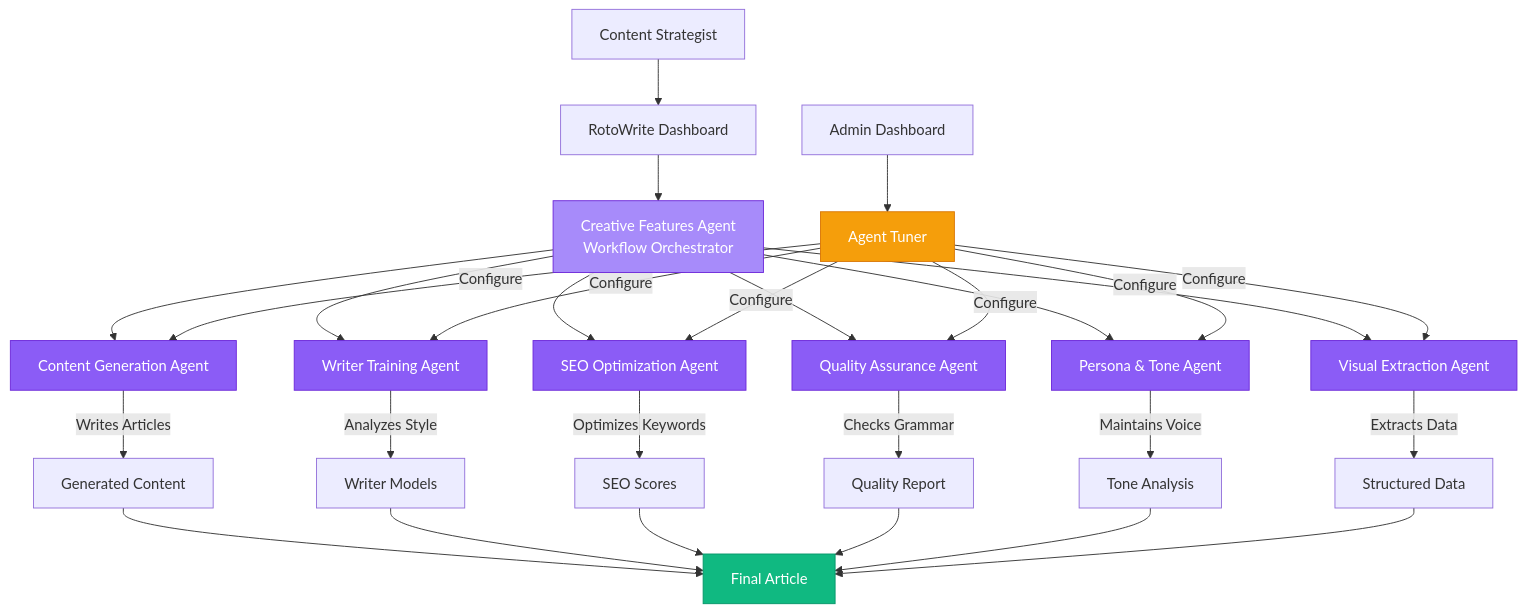
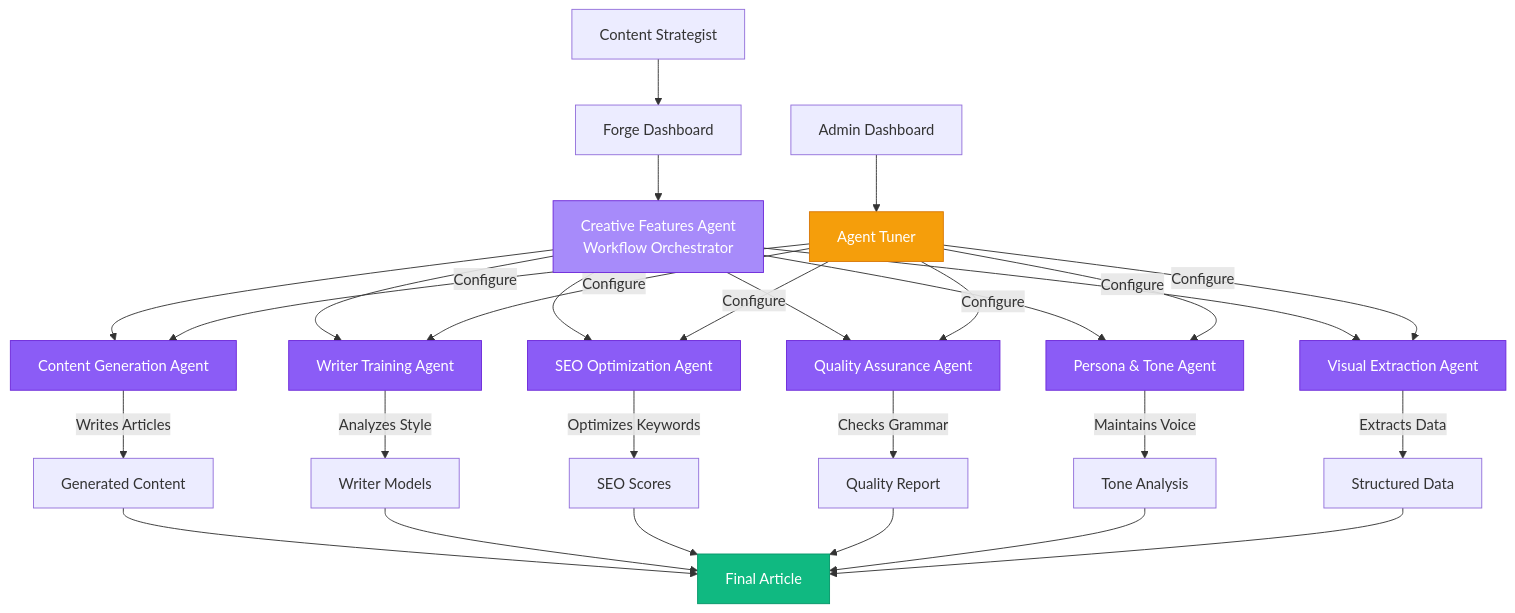
The diagram in presentation-diagrams/multi-agent-architecture.md (verygooddesigners/forge), drawn with Mermaid before and after one commit. The commit also changed other lines of this file and 132 other files, not shown here.

First line of the commit message:
Rename application from RotoWrite to Forge

````diff
--- a/presentation-diagrams/multi-agent-architecture.md
+++ b/presentation-diagrams/multi-agent-architecture.md
@@ -3,44 +3,44 @@
 ```mermaid
 graph TB
-    User[Content Strategist] --> Dashboard[RotoWrite Dashboard]
+    User[Content Strategist] --> Dashboard[Forge Dashboard]
     Dashboard --> Orchestrator[Creative Features Agent<br/>Workflow Orchestrator]
     
     Orchestrator --> Agent1[Content Generation Agent]
     Orchestrator --> Agent2[Writer Training Agent]
     Orchestrator --> Agent3[SEO Optimization Agent]
     Orchestrator --> Agent4[Quality Assurance Agent]
     Orchestrator --> Agent5[Persona & Tone Agent]
     Orchestrator --> Agent7[Visual Extraction Agent]
     
     Agent1 --> |Writes Articles| Output1[Generated Content]
     Agent2 --> |Analyzes Style| Output2[Writer Models]
     Agent3 --> |Optimizes Keywords| Output3[SEO Scores]
     Agent4 --> |Checks Grammar| Output4[Quality Report]
     Agent5 --> |Maintains Voice| Output5[Tone Analysis]
     Agent7 --> |Extracts Data| Output7[Structured Data]
     
     Output1 --> Final[Final Article]
     Output2 --> Final
     Output3 --> Final
     Output4 --> Final
     Output5 --> Final
     Output7 --> Final
     
     Admin[Admin Dashboard] --> Tuner[Agent Tuner]
     Tuner --> |Configure| Agent1
     Tuner --> |Configure| Agent2
     Tuner --> |Configure| Agent3
     Tuner --> |Configure| Agent4
     Tuner --> |Configure| Agent5
     Tuner --> |Configure| Agent7
     
     style Agent1 fill:#8b5cf6,stroke:#6d28d9,color:#fff
     style Agent2 fill:#8b5cf6,stroke:#6d28d9,color:#fff
     style Agent3 fill:#8b5cf6,stroke:#6d28d9,color:#fff
     style Agent4 fill:#8b5cf6,stroke:#6d28d9,color:#fff
     style Agent5 fill:#8b5cf6,stroke:#6d28d9,color:#fff
     style Agent7 fill:#8b5cf6,stroke:#6d28d9,color:#fff
     style Orchestrator fill:#a78bfa,stroke:#6d28d9,color:#fff
     style Final fill:#10b981,stroke:#059669,color:#fff
     style Tuner fill:#f59e0b,stroke:#d97706,color:#fff
 ```
````
